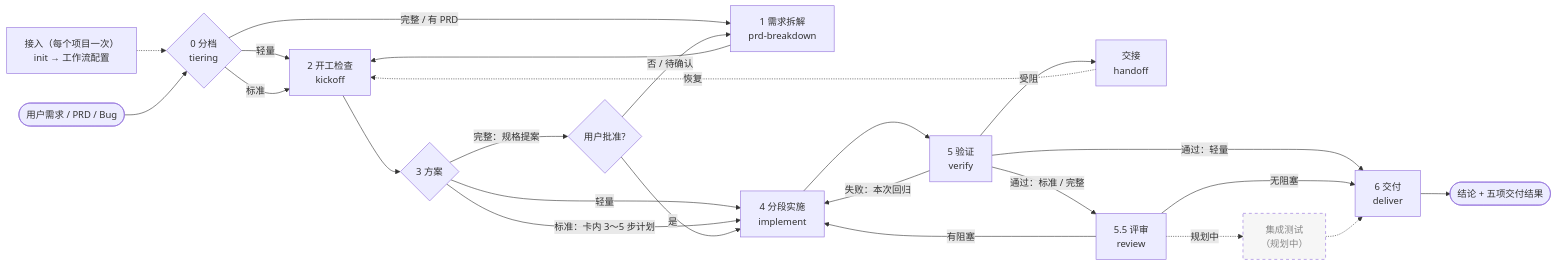
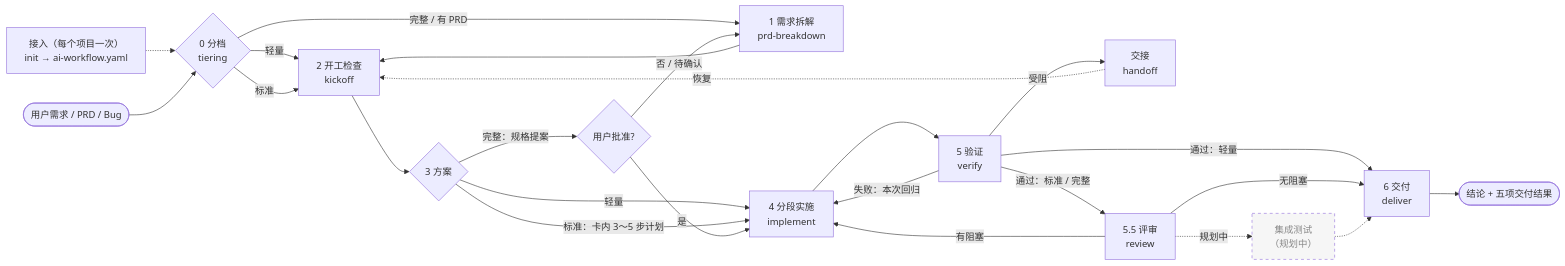
The second of 9 diagrams in README.md (lvzhiyi/randian-ai-workflow-native), drawn with Mermaid before and after one commit. The commit also changed other lines of this file and 21 other files, not shown here.

First line of the commit message:
feat(workflow-core): 工作流配置改为 ai-workflow.yaml，新增术语表

````diff
--- a/README.md
+++ b/README.md
@@ -51,29 +51,29 @@
 ```mermaid
 flowchart LR
-    INIT["接入（每个项目一次）<br/>init → 工作流配置"] -.-> T
+    INIT["接入（每个项目一次）<br/>init → ai-workflow.yaml"] -.-> T
     IN([用户需求 / PRD / Bug]) --> T{"0 分档<br/>tiering"}
     T -->|轻量| K
     T -->|标准| K
     T -->|完整 / 有 PRD| R["1 需求拆解<br/>prd-breakdown"]
     R --> K["2 开工检查<br/>kickoff"]
     K --> PL{"3 方案"}
     PL -->|轻量| IM
     PL -->|标准：卡内 3～5 步计划| IM
     PL -->|完整：规格提案| AP{用户批准?}
     AP -->|是| IM["4 分段实施<br/>implement"]
     AP -->|否 / 待确认| R
     IM --> V["5 验证<br/>verify"]
     V -->|失败：本次回归| IM
     V -->|受阻| H["交接<br/>handoff"]
     V -->|通过：标准 / 完整| CR["5.5 评审<br/>review"]
     V -->|通过：轻量| DL["6 交付<br/>deliver"]
     CR -->|有阻塞| IM
     CR -->|无阻塞| DL
     CR -.规划中.-> IT["集成测试<br/>（规划中）"]
     IT -.-> DL
     H -.恢复.-> K
     DL --> OUT([结论 + 五项交付结果])
 
     classDef planned stroke-dasharray: 5 5,fill:#f6f6f6,color:#888;
     class IT planned;
 ```
````
